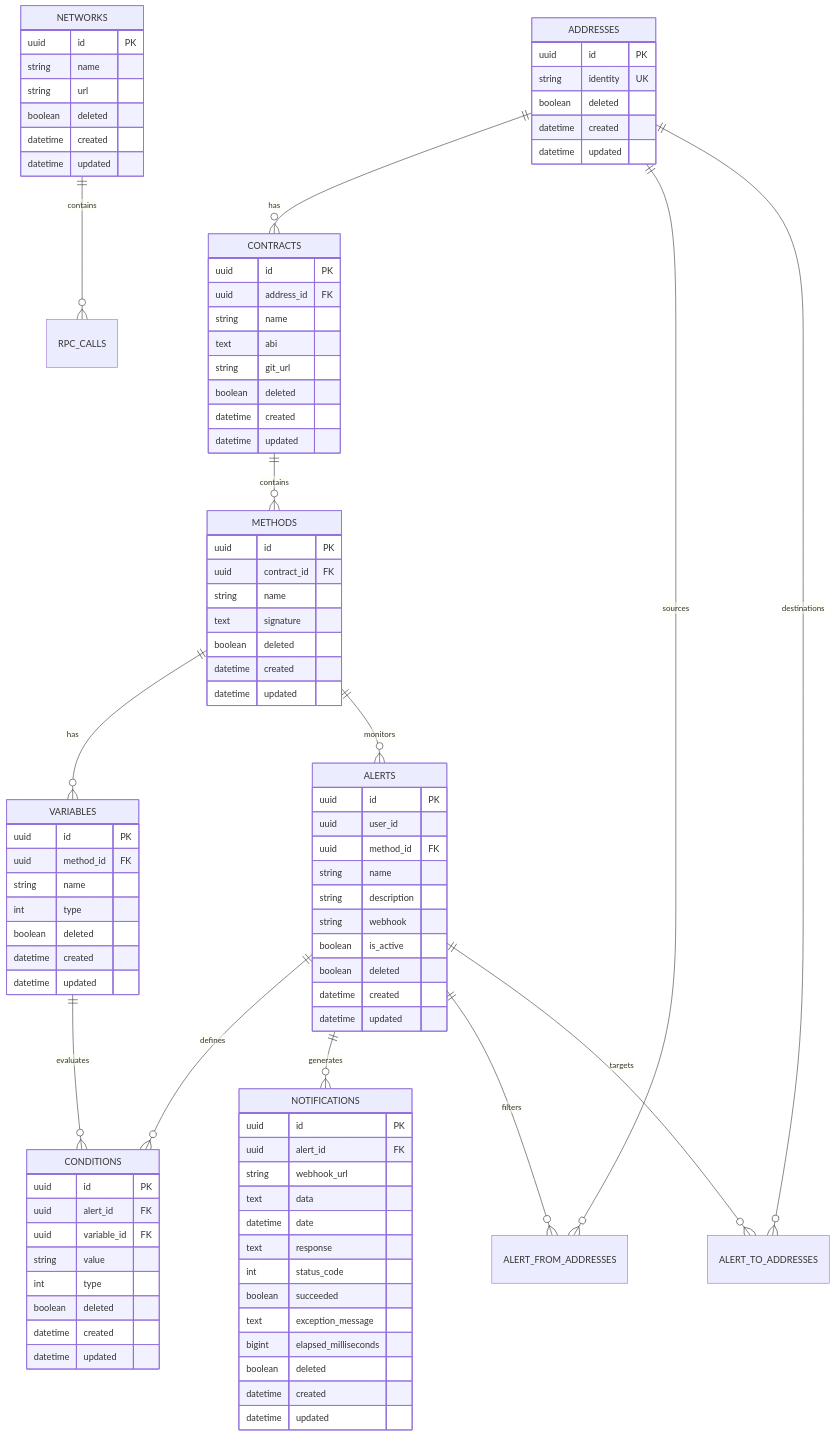
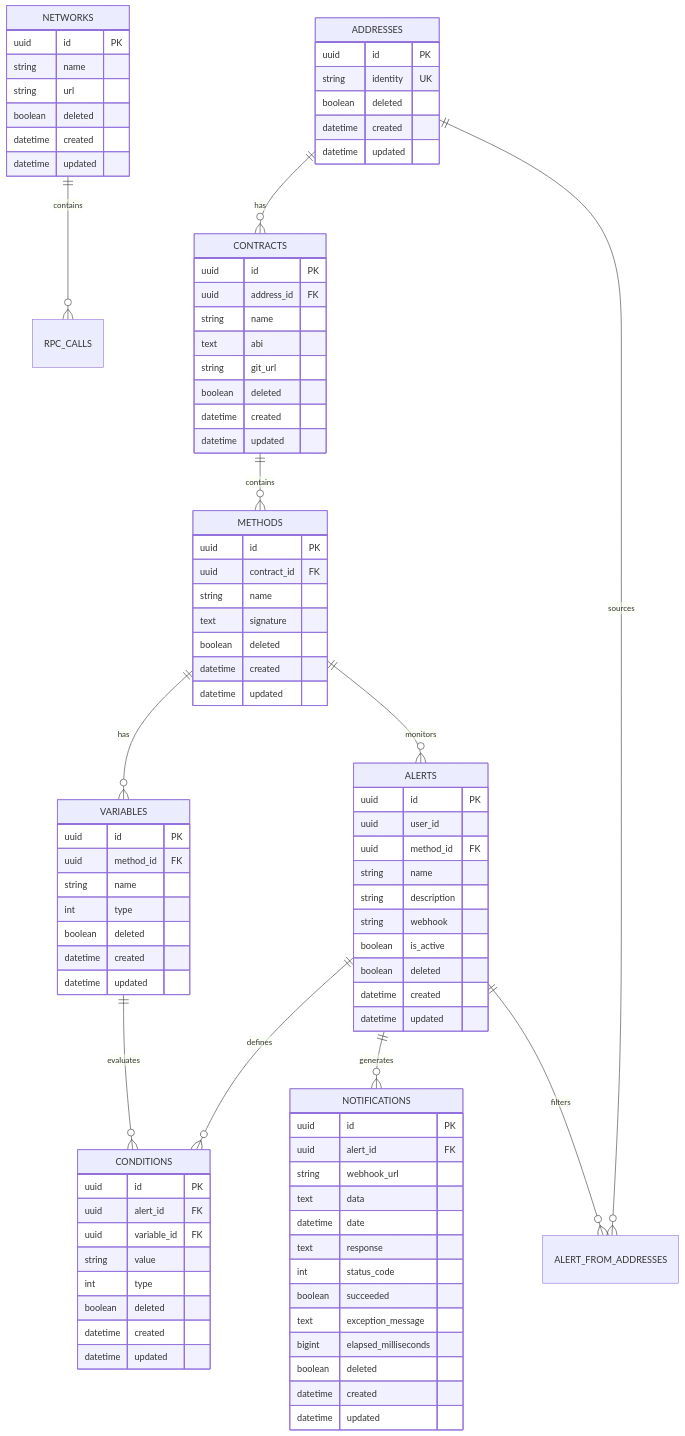
The diagram in docs/deep-technical-backend-doc.md (NevTrace-org/Easy-Connect), drawn with Mermaid before and after one commit. The commit also changed other lines of this file and 1 other file, not shown here.

```diff
--- a/docs/deep-technical-backend-doc.md
+++ b/docs/deep-technical-backend-doc.md
@@ -153,10 +153,9 @@
     ALERTS ||--o{ CONDITIONS : defines
     ALERTS ||--o{ NOTIFICATIONS : generates
     ALERTS ||--o{ ALERT_FROM_ADDRESSES : filters
-    ALERTS ||--o{ ALERT_TO_ADDRESSES : targets
     VARIABLES ||--o{ CONDITIONS : evaluates
     ADDRESSES ||--o{ ALERT_FROM_ADDRESSES : sources
-    ADDRESSES ||--o{ ALERT_TO_ADDRESSES : destinations
+
 
     NETWORKS {
         uuid id PK
```
